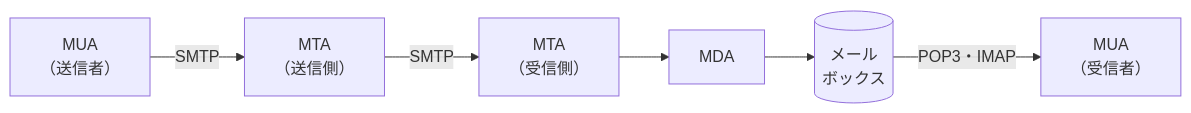
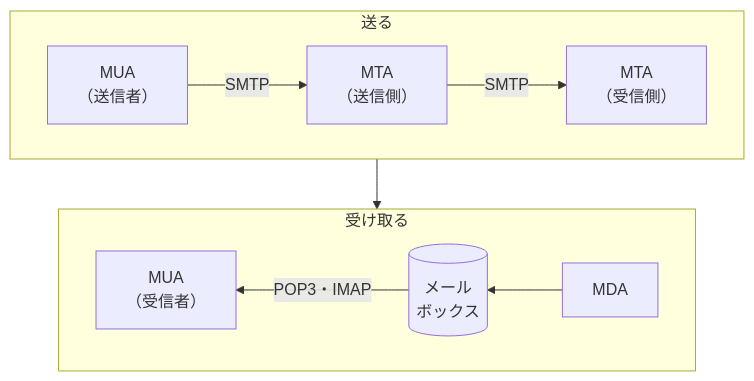
The second of 3 diagrams in network/protocol/mail.md (nnnaanaa/document), drawn with Mermaid before and after one commit.

Commit message:
メール暗記シートのMUA・MTA・MDAの図を2段にして横幅を収める

````diff
--- a/network/protocol/mail.md
+++ b/network/protocol/mail.md
@@ -25,8 +25,14 @@
 ```mermaid
-flowchart LR
-  A["MUA<br>（送信者）"] -- "SMTP" --> B["MTA<br>（送信側）"]
-  B -- "SMTP" --> C["MTA<br>（受信側）"]
-  C --> D["MDA"]
-  D --> E[("メール<br>ボックス")]
-  E -- "POP3・IMAP" --> F["MUA<br>（受信者）"]
+flowchart TB
+  subgraph S["送る"]
+    direction LR
+    A["MUA<br>（送信者）"] -- "SMTP" --> B["MTA<br>（送信側）"]
+    B -- "SMTP" --> C["MTA<br>（受信側）"]
+  end
+  subgraph R["受け取る"]
+    direction RL
+    D["MDA"] --> E[("メール<br>ボックス")]
+    E -- "POP3・IMAP" --> F["MUA<br>（受信者）"]
+  end
+  C --> D
 ```
````
